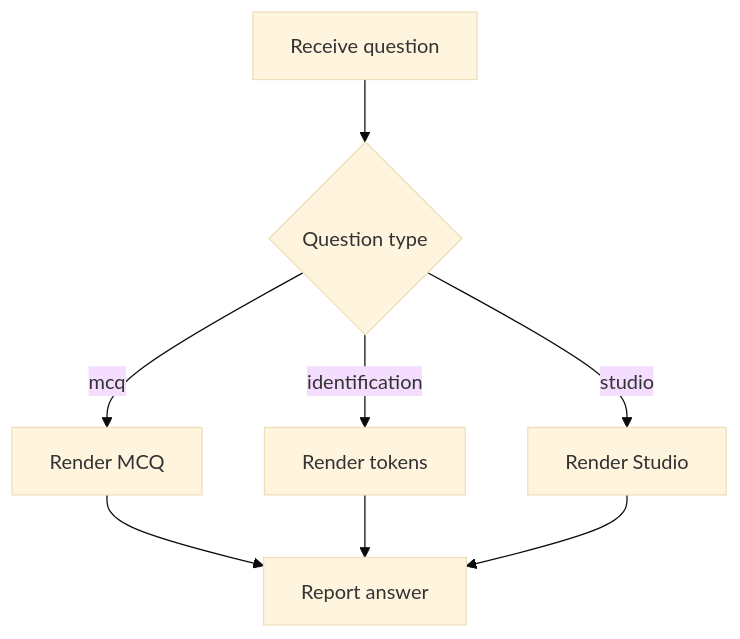
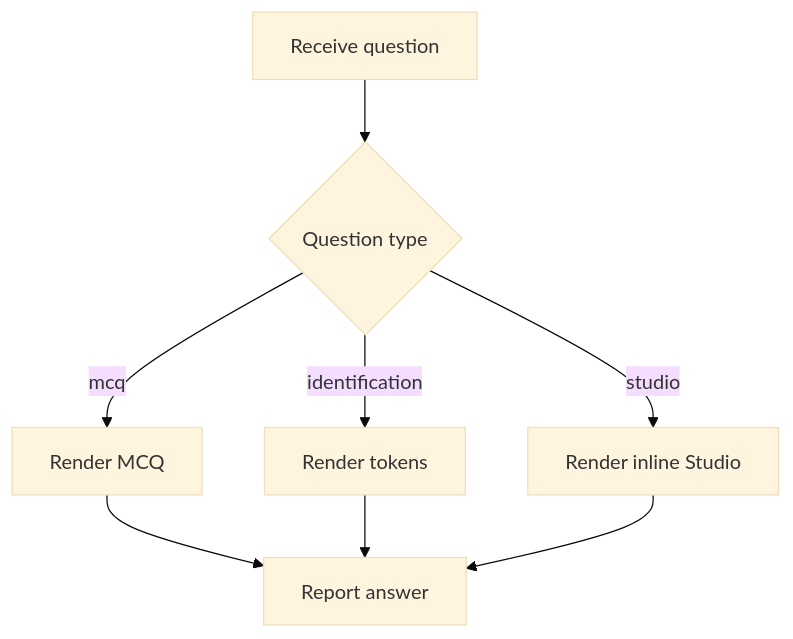
One commit to JohnAndrewBalbarosa/NeoTerritory changed the diagram in docs/Codebase/Frontend/src/components/learn/BloomQuestionRenderer.tsx.md. Above: the diagram before and after it, drawn with Mermaid (base theme). The commit also changed other lines of this file and 28 other files, not shown here.

Commit message:
feat: unify assessment wrapper and dev tool flow

````diff
--- a/docs/Codebase/Frontend/src/components/learn/BloomQuestionRenderer.tsx.md
+++ b/docs/Codebase/Frontend/src/components/learn/BloomQuestionRenderer.tsx.md
@@ -9,13 +9,13 @@
 ```mermaid
 flowchart TD
     Start["Receive question"]
     D0{"Question type"}
     N0["Render MCQ"]
     N1["Render tokens"]
-    N2["Render Studio"]
+    N2["Render inline Studio"]
     End["Report answer"]
     Start --> D0
     D0 -->|mcq| N0 --> End
     D0 -->|identification| N1 --> End
     D0 -->|studio| N2 --> End
 ```
````
